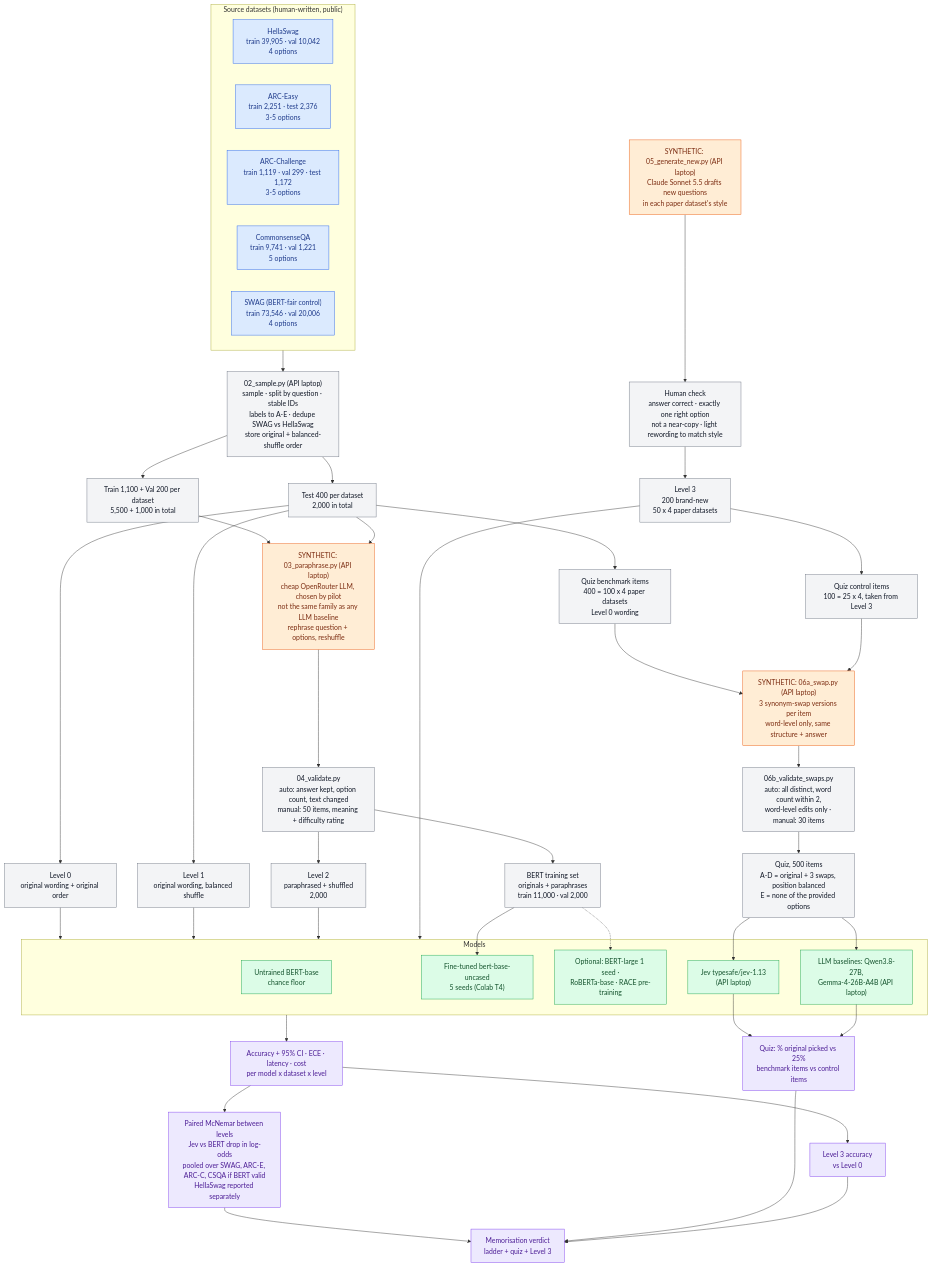
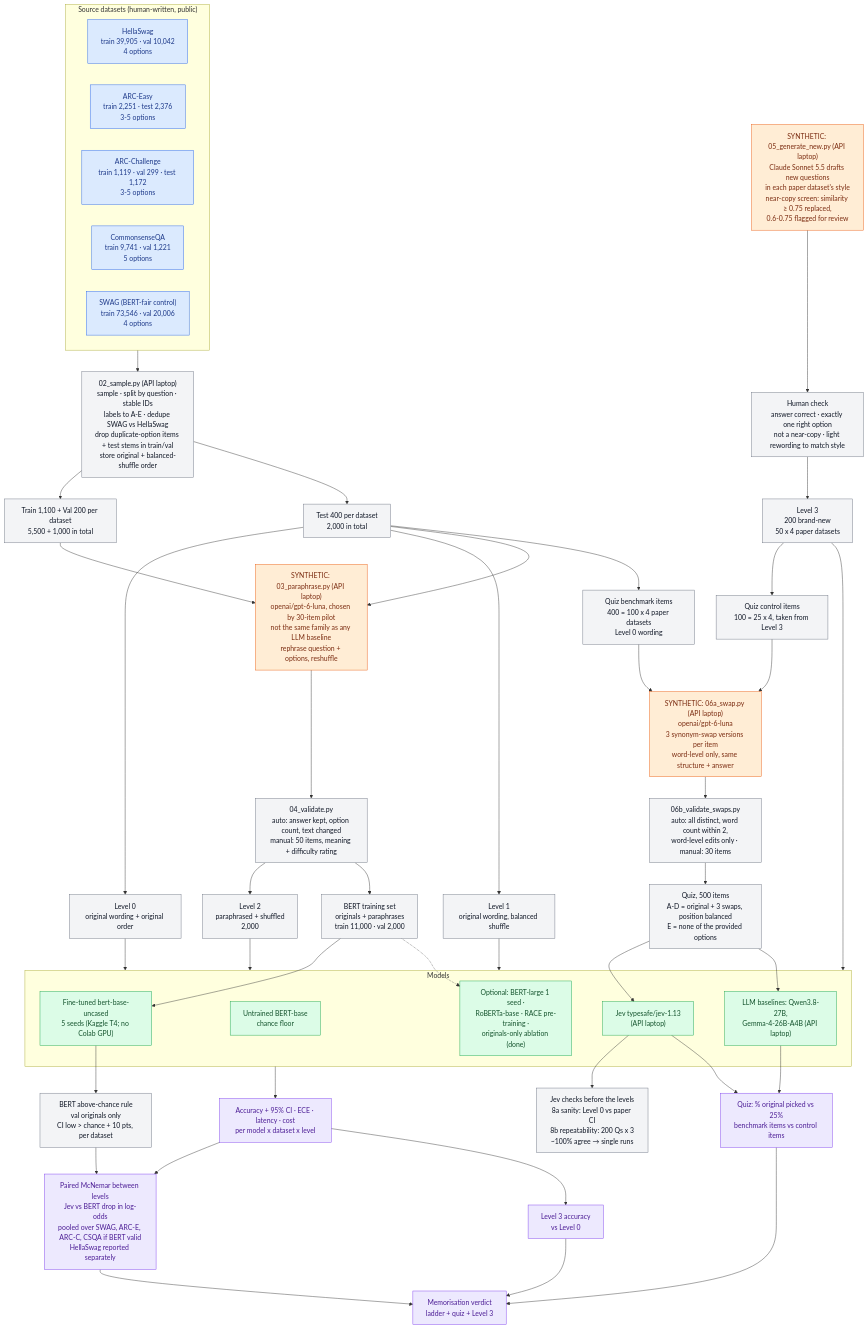
Before and after one commit to am3lia-low/jev-project: the diagram in docs/experiment-flow.mmd, drawn with Mermaid. The commit also changed 75 other files, not shown here.

```diff
--- a/docs/experiment-flow.mmd
+++ b/docs/experiment-flow.mmd
@@ -1,77 +1,80 @@
 flowchart TD
     %% ---------- Source datasets (human-written) ----------
     subgraph SRC["Source datasets (human-written, public)"]
         HS["HellaSwag<br/>train 39,905 · val 10,042<br/>4 options"]
         AE["ARC-Easy<br/>train 2,251 · test 2,376<br/>3-5 options"]
         AC["ARC-Challenge<br/>train 1,119 · val 299 · test 1,172<br/>3-5 options"]
         CQ["CommonsenseQA<br/>train 9,741 · val 1,221<br/>5 options"]
         SW["SWAG (BERT-fair control)<br/>train 73,546 · val 20,006<br/>4 options"]
     end
 
     %% ---------- Sampling (scripted) ----------
-    SRC --> SAMPLE["02_sample.py (API laptop)<br/>sample · split by question · stable IDs<br/>labels to A-E · dedupe SWAG vs HellaSwag<br/>store original + balanced-shuffle order"]
+    SRC --> SAMPLE["02_sample.py (API laptop)<br/>sample · split by question · stable IDs<br/>labels to A-E · dedupe SWAG vs HellaSwag<br/>drop duplicate-option items + test stems in train/val<br/>store original + balanced-shuffle order"]
     SAMPLE --> TRV["Train 1,100 + Val 200 per dataset<br/>5,500 + 1,000 in total"]
     SAMPLE --> TEST["Test 400 per dataset<br/>2,000 in total"]
 
     %% ---------- Levels 0 and 1 (scripted) ----------
     TEST --> L0["Level 0<br/>original wording + original order"]
     TEST --> L1["Level 1<br/>original wording, balanced shuffle"]
 
     %% ---------- Synthetic: paraphrases ----------
-    TRV --> PARA["SYNTHETIC: 03_paraphrase.py (API laptop)<br/>cheap OpenRouter LLM, chosen by pilot<br/>not the same family as any LLM baseline<br/>rephrase question + options, reshuffle"]
+    TRV --> PARA["SYNTHETIC: 03_paraphrase.py (API laptop)<br/>openai/gpt-6-luna, chosen by 30-item pilot<br/>not the same family as any LLM baseline<br/>rephrase question + options, reshuffle"]
     TEST --> PARA
     PARA --> VPARA["04_validate.py<br/>auto: answer kept, option count, text changed<br/>manual: 50 items, meaning + difficulty rating"]
     VPARA --> L2["Level 2<br/>paraphrased + shuffled<br/>2,000"]
     VPARA --> TRAINSET["BERT training set<br/>originals + paraphrases<br/>train 11,000 · val 2,000"]
 
     %% ---------- Synthetic: brand-new questions ----------
-    GEN["SYNTHETIC: 05_generate_new.py (API laptop)<br/>Claude Sonnet 5.5 drafts new questions<br/>in each paper dataset's style"] --> HNEW["Human check<br/>answer correct · exactly one right option<br/>not a near-copy · light rewording to match style"]
+    GEN["SYNTHETIC: 05_generate_new.py (API laptop)<br/>Claude Sonnet 5.5 drafts new questions<br/>in each paper dataset's style<br/>near-copy screen: similarity ≥ 0.75 replaced,<br/>0.6-0.75 flagged for review"] --> HNEW["Human check<br/>answer correct · exactly one right option<br/>not a near-copy · light rewording to match style"]
     HNEW --> L3["Level 3<br/>200 brand-new<br/>50 x 4 paper datasets"]
 
     %% ---------- Synthetic: memorisation quiz ----------
     TEST --> QSEL["Quiz benchmark items<br/>400 = 100 x 4 paper datasets<br/>Level 0 wording"]
     L3 --> QCTRL["Quiz control items<br/>100 = 25 x 4, taken from Level 3"]
-    QSEL --> SWAP["SYNTHETIC: 06a_swap.py (API laptop)<br/>3 synonym-swap versions per item<br/>word-level only, same structure + answer"]
+    QSEL --> SWAP["SYNTHETIC: 06a_swap.py (API laptop)<br/>openai/gpt-6-luna<br/>3 synonym-swap versions per item<br/>word-level only, same structure + answer"]
     QCTRL --> SWAP
     SWAP --> VSWAP["06b_validate_swaps.py<br/>auto: all distinct, word count within 2,<br/>word-level edits only · manual: 30 items"]
     VSWAP --> QUIZ["Quiz, 500 items<br/>A-D = original + 3 swaps, position balanced<br/>E = none of the provided options"]
 
     %% ---------- Models ----------
     subgraph MODELS["Models"]
         BERTU["Untrained BERT-base<br/>chance floor"]
-        BERTFT["Fine-tuned bert-base-uncased<br/>5 seeds (Colab T4)"]
-        OPT["Optional: BERT-large 1 seed ·<br/>RoBERTa-base · RACE pre-training"]
+        BERTFT["Fine-tuned bert-base-uncased<br/>5 seeds (Kaggle T4; no Colab GPU)"]
+        OPT["Optional: BERT-large 1 seed ·<br/>RoBERTa-base · RACE pre-training ·<br/>originals-only ablation (done)"]
         JEV["Jev typesafe/jev-1.13<br/>(API laptop)"]
         LLM["LLM baselines: Qwen3.8-27B,<br/>Gemma-4-26B-A4B (API laptop)"]
     end
     TRAINSET --> BERTFT
+    BERTFT --> VALID["BERT above-chance rule<br/>val originals only<br/>CI low > chance + 10 pts, per dataset"]
+    JEV --> REP["Jev checks before the levels<br/>8a sanity: Level 0 vs paper CI<br/>8b repeatability: 200 Qs x 3<br/>~100% agree → single runs"]
     TRAINSET -.-> OPT
 
     L0 --> MODELS
     L1 --> MODELS
     L2 --> MODELS
     L3 --> MODELS
     QUIZ --> JEV
     QUIZ --> LLM
 
     %% ---------- Results ----------
     MODELS --> R1["Accuracy + 95% CI · ECE · latency · cost<br/>per model x dataset x level"]
     R1 --> R2["Paired McNemar between levels<br/>Jev vs BERT drop in log-odds<br/>pooled over SWAG, ARC-E, ARC-C, CSQA if BERT valid<br/>HellaSwag reported separately"]
     JEV --> R3["Quiz: % original picked vs 25%<br/>benchmark items vs control items"]
     LLM --> R3
     R1 --> R4["Level 3 accuracy<br/>vs Level 0"]
+    VALID --> R2
     R2 --> FINAL["Memorisation verdict<br/>ladder + quiz + Level 3"]
     R3 --> FINAL
     R4 --> FINAL
 
     %% ---------- Styles ----------
     classDef human fill:#dbeafe,stroke:#2563eb,color:#1e3a8a
     classDef synth fill:#ffedd5,stroke:#ea580c,color:#7c2d12
     classDef script fill:#f3f4f6,stroke:#6b7280,color:#111827
     classDef model fill:#dcfce7,stroke:#16a34a,color:#14532d
     classDef result fill:#ede9fe,stroke:#7c3aed,color:#4c1d95
     class HS,AE,AC,CQ,SW human
     class PARA,GEN,SWAP synth
-    class SAMPLE,TRV,TEST,L0,L1,L2,L3,TRAINSET,VPARA,HNEW,QSEL,QCTRL,VSWAP,QUIZ script
+    class SAMPLE,TRV,TEST,L0,L1,L2,L3,TRAINSET,VPARA,HNEW,QSEL,QCTRL,VSWAP,QUIZ,VALID,REP script
     class BERTU,BERTFT,OPT,JEV,LLM model
     class R1,R2,R3,R4,FINAL result
```
